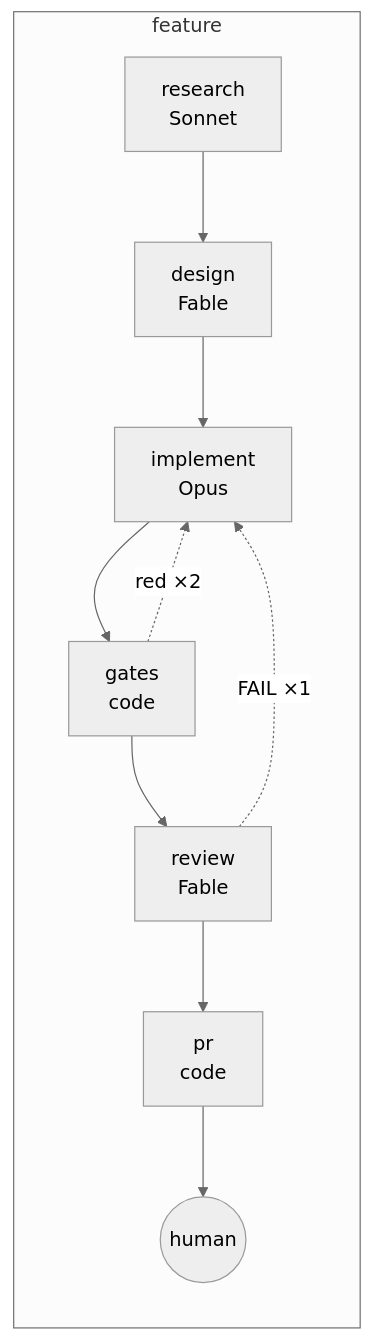
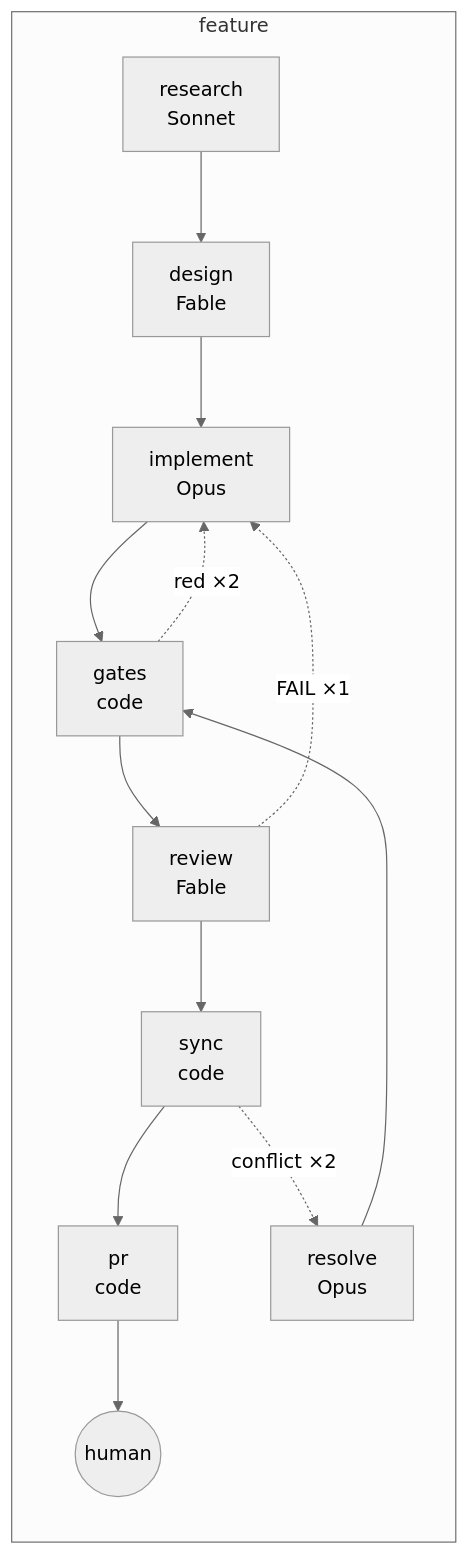
One commit to akkijp-oss/aifactory changed the first of 4 diagrams in website/content/en/guides/workflows.md. Above: the diagram before and after it, drawn with Mermaid (neutral theme). The commit also changed other lines of this file and 28 other files, not shown here.

````diff
--- a/website/content/en/guides/workflows.md
+++ b/website/content/en/guides/workflows.md
@@ -18,8 +18,9 @@
 ```mermaid
 flowchart LR
   subgraph feature
-    r1[research<br>Sonnet] --> d1[design<br>Fable] --> i1[implement<br>Opus] --> g1[gates<br>code] --> v1[review<br>Fable] --> p1[pr<br>code] --> h1((human))
+    r1[research<br>Sonnet] --> d1[design<br>Fable] --> i1[implement<br>Opus] --> g1[gates<br>code] --> v1[review<br>Fable] --> s1[sync<br>code] --> p1[pr<br>code] --> h1((human))
     g1 -. red ×2 .-> i1
     v1 -. FAIL ×1 .-> i1
+    s1 -. conflict ×2 .-> x1[resolve<br>Opus] --> g1
   end
 ```
````
